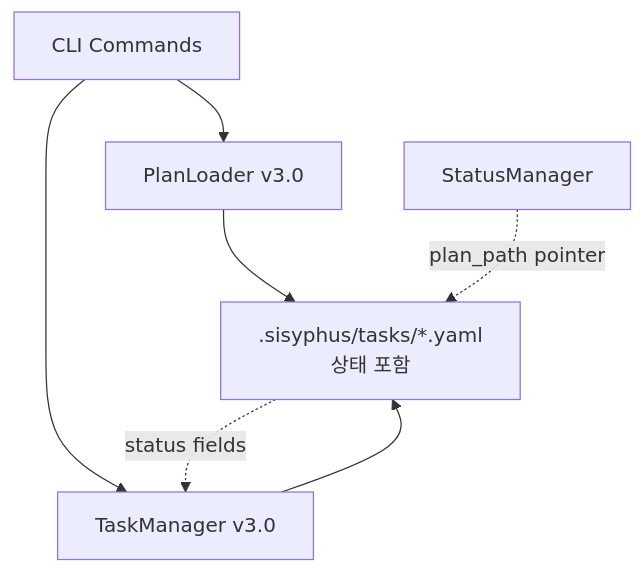
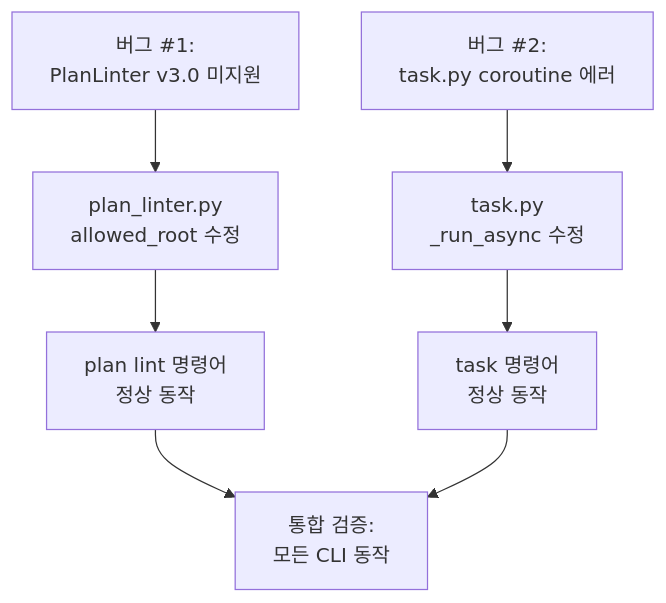
One commit to code-yeongyu/sisyphus-private changed the diagram in ai-todolist.md. Above: the diagram before and after it, drawn with Mermaid. The commit also changed other lines of this file and 3 other files, not shown here.

````diff
--- a/ai-todolist.md
+++ b/ai-todolist.md
@@ -321,11 +138,11 @@
 ```mermaid
 graph TB
-    CLI[CLI Commands] --> LOADER[PlanLoader v3.0]
-    CLI --> TM[TaskManager v3.0]
-    TM --> YAML[.sisyphus/tasks/*.yaml<br/>상태 포함]
-    LOADER --> YAML
+    BUG1[버그 #1:<br/>PlanLinter v3.0 미지원] --> FIX1[plan_linter.py<br/>allowed_root 수정]
+    FIX1 --> TEST1[plan lint 명령어<br/>정상 동작]
 
-    YAML -.status fields.-> TM
+    BUG2[버그 #2:<br/>task.py coroutine 에러] --> FIX2[task.py<br/>_run_async 수정]
+    FIX2 --> TEST2[task 명령어<br/>정상 동작]
 
-    STATUS[StatusManager] -.plan_path pointer.-> YAML
+    TEST1 --> VERIFY[통합 검증:<br/>모든 CLI 동작]
+    TEST2 --> VERIFY
 ```
````
